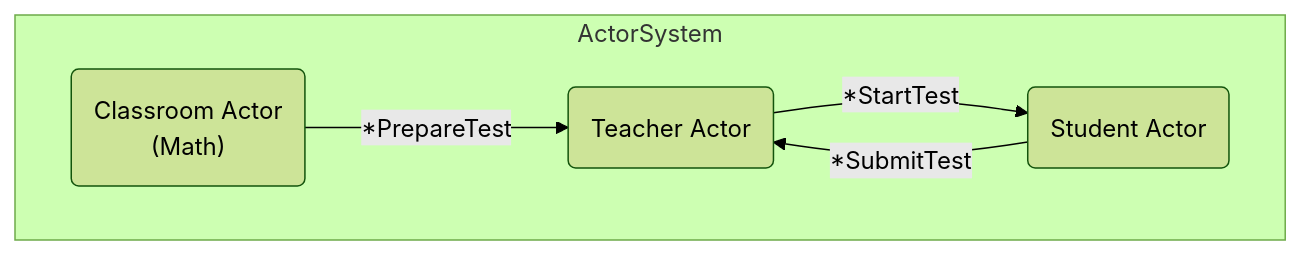
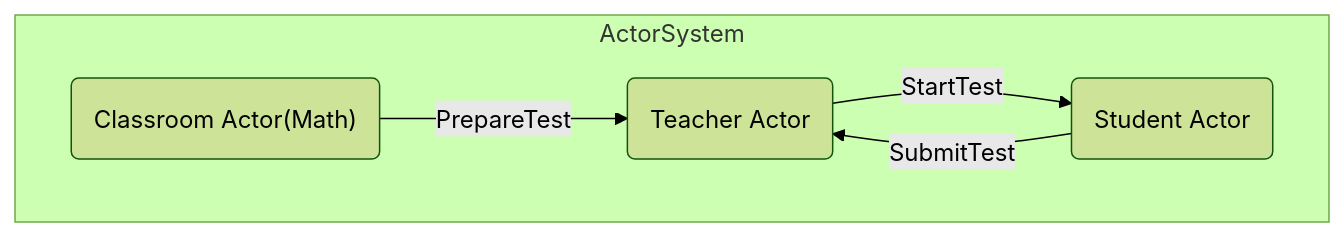
One commit to ytake/phpcon-okinawa-example changed the eighth of 9 diagrams in readme.md. Above: the diagram before and after it, drawn with Mermaid (forest theme). The commit also changed other lines of this file, not shown here.

````diff
--- a/readme.md
+++ b/readme.md
@@ -116,8 +117,8 @@
 ```mermaid
 flowchart TD
     subgraph ActorSystem
-        ClassroomActor("Classroom Actor\n(Math)") -->|*PrepareTest| Teacher("Teacher Actor")
-        Teacher("Teacher Actor") -->|*StartTest| StudentActor("Student Actor")
-        StudentActor("Student Actor") -->|*SubmitTest| Teacher("Teacher Actor")
+        ClassroomActor("Classroom Actor(Math)") -->|PrepareTest| Teacher("Teacher Actor")
+        Teacher("Teacher Actor") -->|StartTest| StudentActor("Student Actor")
+        StudentActor("Student Actor") -->|SubmitTest| Teacher("Teacher Actor")
     end
 ```
````
